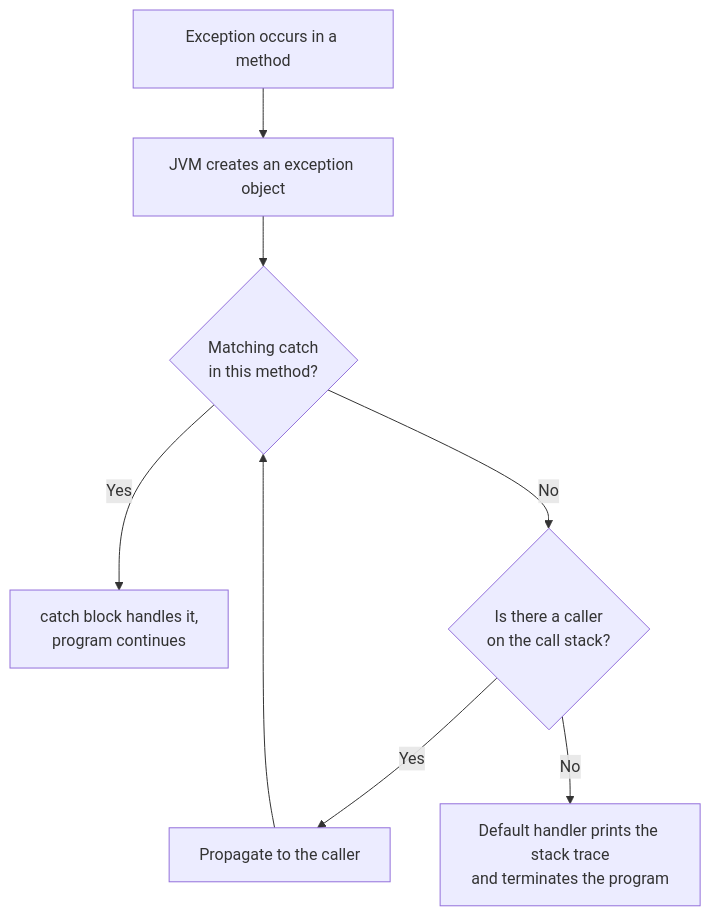
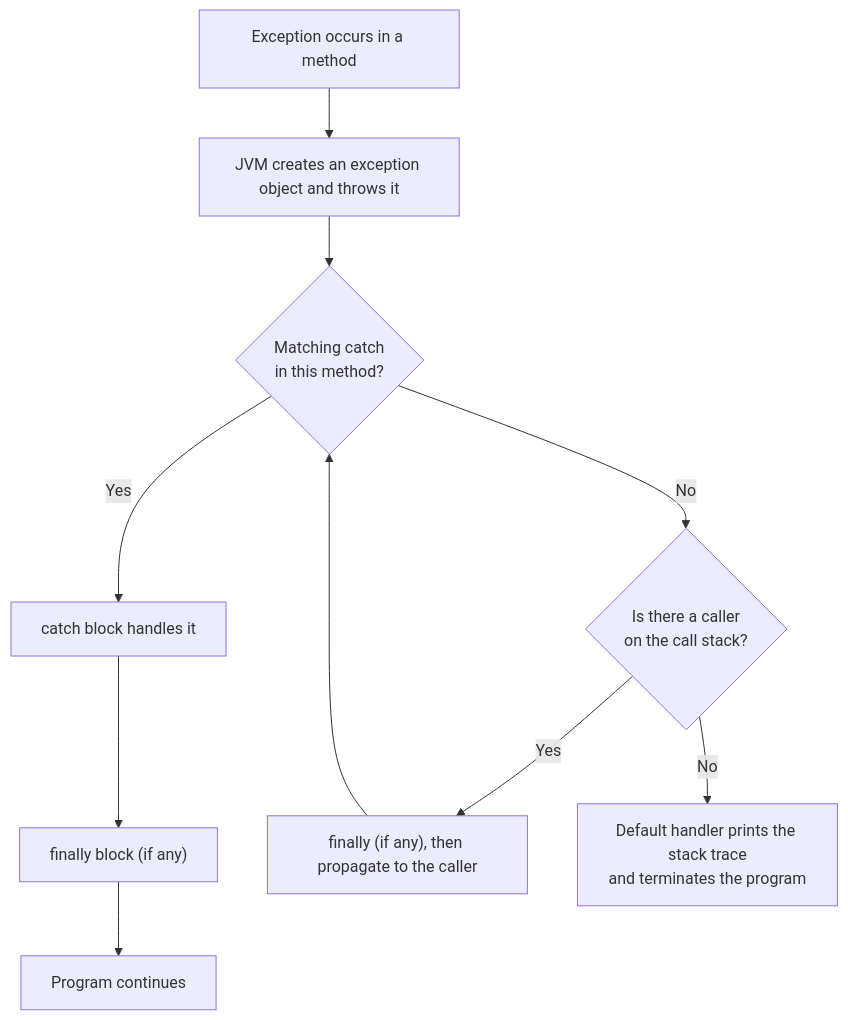
Before and after one commit to dwaidatta/kgec-cse-resources: the tenth of 12 diagrams in docs/semester-5/PCC-CS-503.md, drawn with Mermaid. The commit also changed other lines of this file and 2 other files, not shown here.

````diff
--- a/docs/semester-5/PCC-CS-503.md
+++ b/docs/semester-5/PCC-CS-503.md
@@ -2170,9 +3796,9 @@
 ```mermaid
 flowchart TD
-    occur["Exception occurs in a method"] --> obj["JVM creates an exception object"]
+    occur["Exception occurs in a method"] --> obj["JVM creates an exception object and throws it"]
     obj --> match{"Matching catch<br>in this method?"}
-    match -- Yes --> handled["catch block handles it,<br>program continues"]
+    match -- Yes --> handled["catch block handles it"] --> fin["finally block (if any)"] --> cont["Program continues"]
     match -- No --> caller{"Is there a caller<br>on the call stack?"}
-    caller -- Yes --> up["Propagate to the caller"] --> match
+    caller -- Yes --> up["finally (if any), then propagate to the caller"] --> match
     caller -- No --> dflt["Default handler prints the stack trace<br>and terminates the program"]
 ```
````
